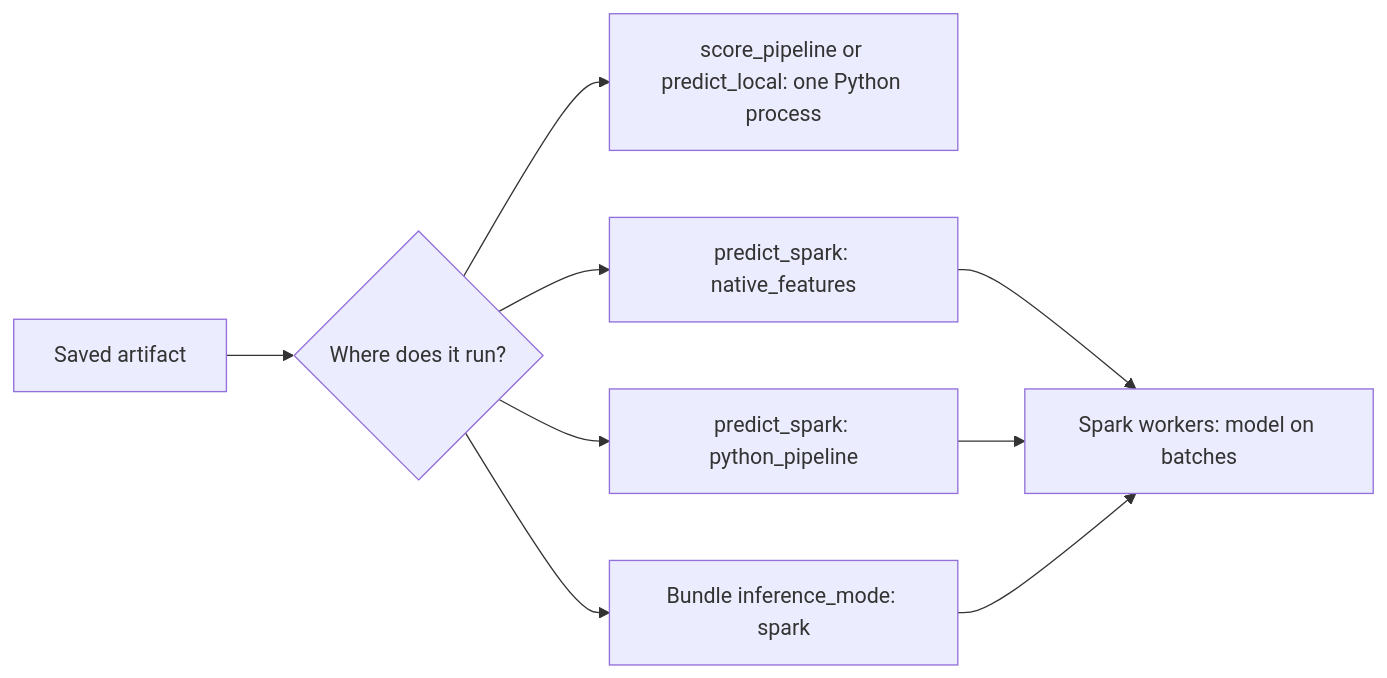
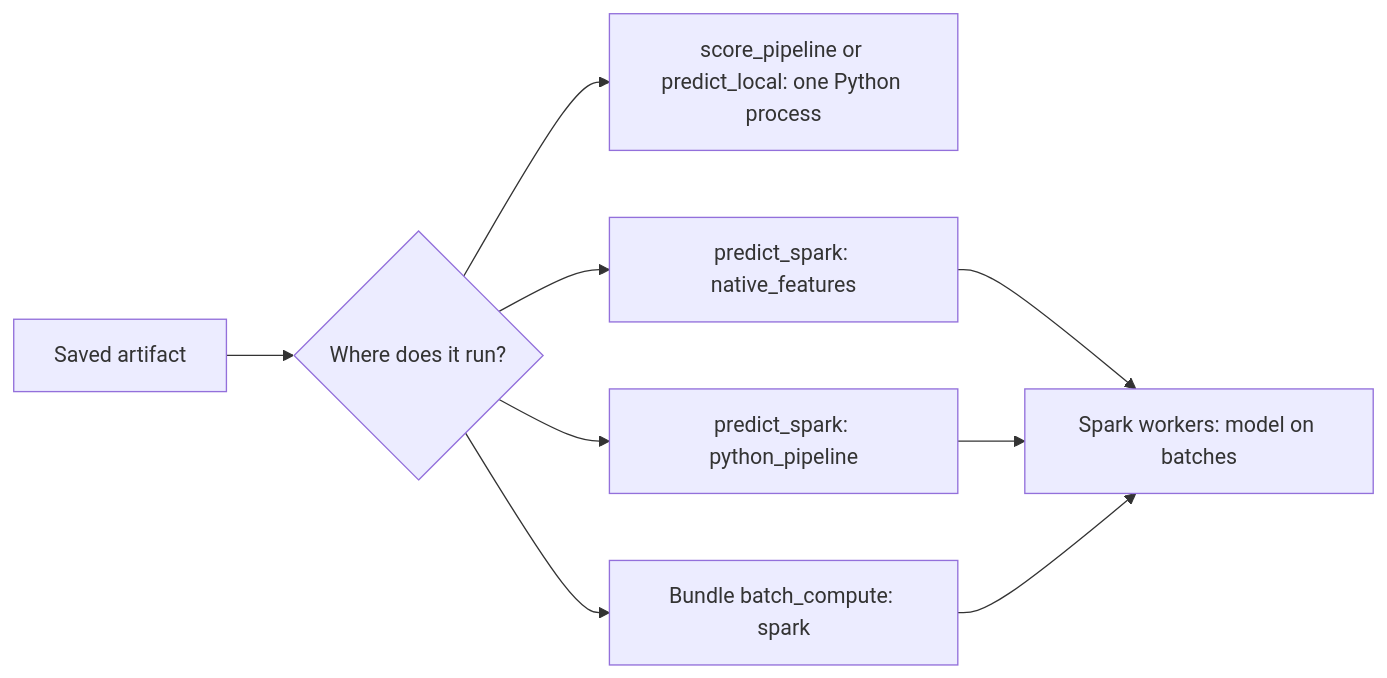
One commit to flyingriverhorse/Skyulf changed the diagram in docs/user_guide/inference_flow.md. Above: the diagram before and after it, drawn with Mermaid. The commit also changed other lines of this file and 25 other files, not shown here.

````diff
--- a/docs/user_guide/inference_flow.md
+++ b/docs/user_guide/inference_flow.md
@@ -12,11 +12,11 @@
 ```mermaid
 flowchart LR
     A["Saved artifact"] --> B{"Where does it run?"}
     B --> C["score_pipeline or predict_local: one Python process"]
     B --> D["predict_spark: native_features"]
     B --> E["predict_spark: python_pipeline"]
-    B --> F["Bundle inference_mode: spark"]
+    B --> F["Bundle batch_compute: spark"]
     D --> G["Spark workers: model on batches"]
     E --> G
     F --> G
 ```
````
